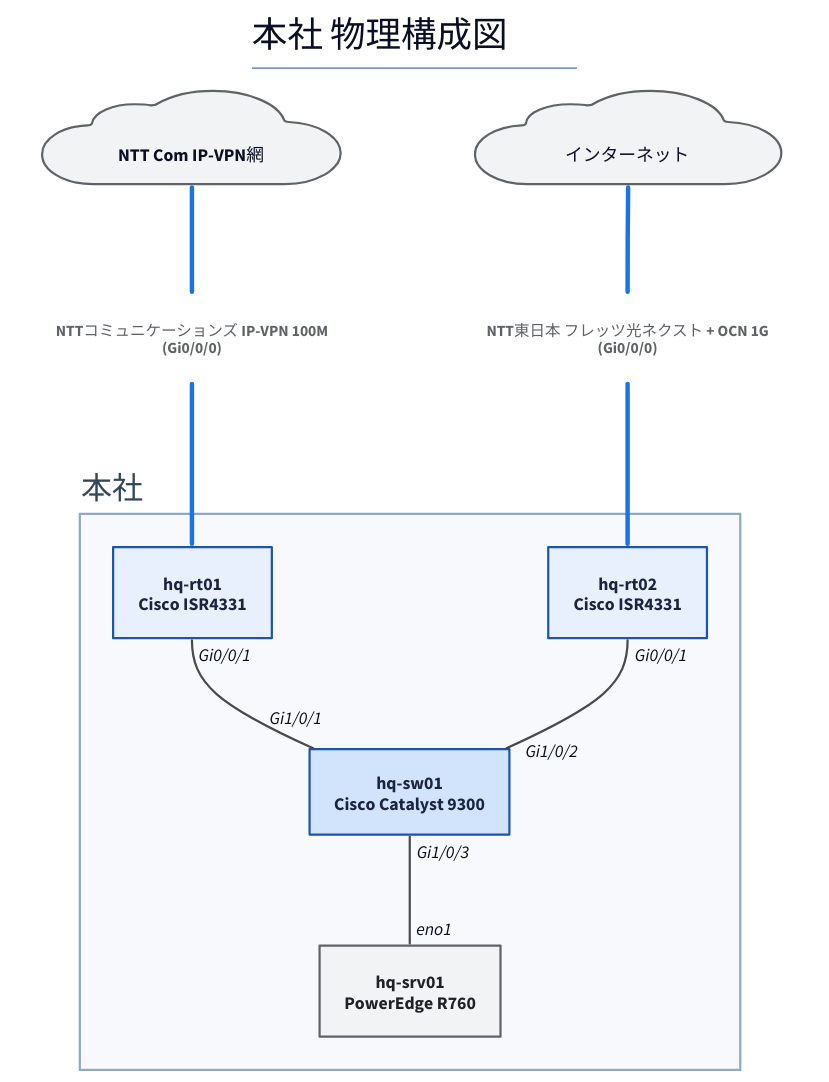
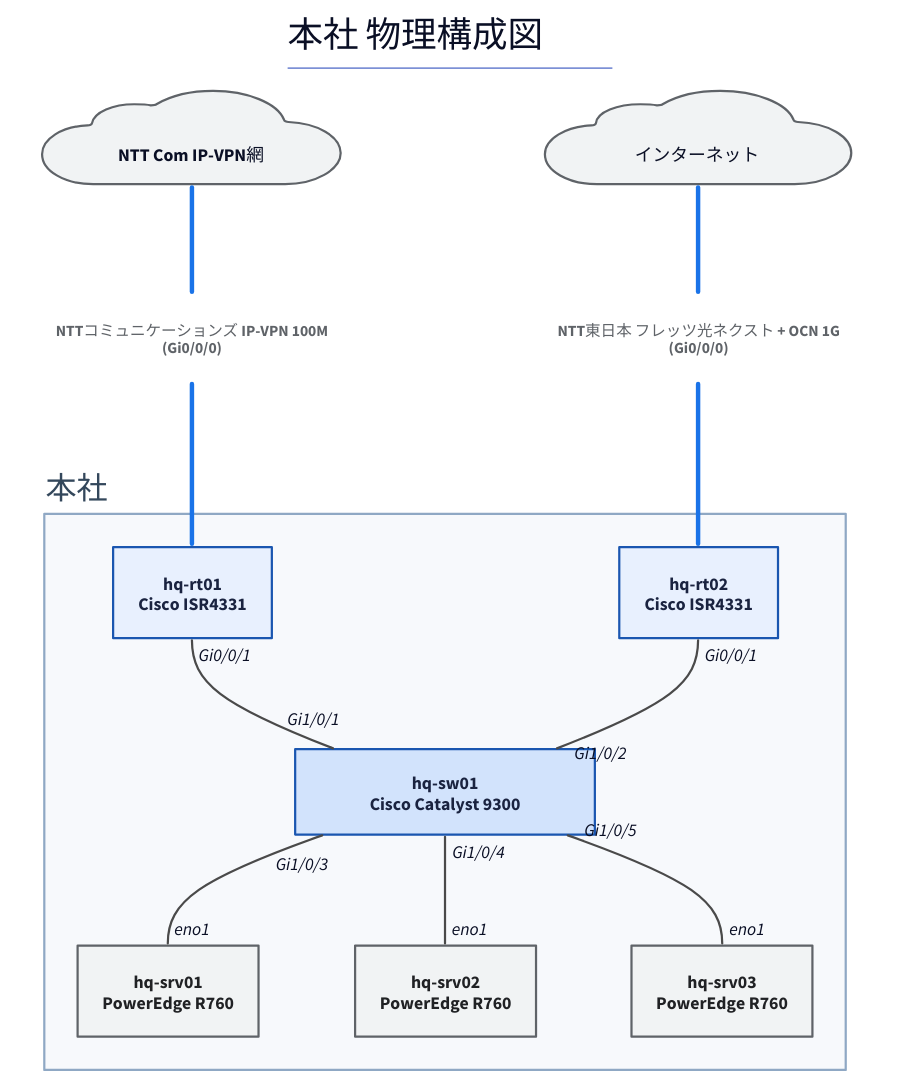
One commit to thinas1115/nwdsl changed the diagram in examples/sample-corp/generated/hq-physical.d2. Above: the diagram before and after it, drawn with D2. The commit also changed 25 other files, not shown here.

```diff
--- a/examples/sample-corp/generated/hq-physical.d2
+++ b/examples/sample-corp/generated/hq-physical.d2
@@ -1,45 +1,49 @@
 title: |md
   # 本社 物理構成図
 | {near: top-center}
 direction: down
 
 classes: {
   role-router: {style.fill: "#e8f0fe"; style.stroke: "#1a56b0"; style.font-color: "#1a2340"}
   role-l3switch: {style.fill: "#d2e3fc"; style.stroke: "#1a56b0"; style.font-color: "#1a2340"}
   role-l2switch: {style.fill: "#e6f4ea"; style.stroke: "#137333"; style.font-color: "#1a2e1f"}
   role-firewall: {style.fill: "#fce8e6"; style.stroke: "#c5221f"; style.font-color: "#3c1a19"}
   role-other: {style.fill: "#f1f3f4"; style.stroke: "#5f6368"; style.font-color: "#202124"}
   node-cloud: {shape: cloud; style.fill: "#f1f3f4"; style.stroke: "#5f6368"}
   node-site: {style.fill: "#fff8e1"; style.stroke: "#b58105"; style.font-color: "#4a3a08"}
   node-segment: {style.fill: "#e2f5f0"; style.stroke: "#0f766e"; style.font-color: "#0b3d38"; style.border-radius: 12}
   node-external: {style.fill: "#ffffff"; style.stroke: "#9aa0a6"; style.stroke-dash: 3}
   group-site: {style.fill: "#f7f9fc"; style.stroke: "#8fa8c4"; style.font-color: "#33475b"}
   edge-label: {style.fill: "transparent"; style.stroke: "transparent"; style.font-size: 14; style.font-color: "#5f6368"; style.italic: true}
   edge-lan-cable: {style.stroke: "#4a4a4a"; style.stroke-width: 2}
   edge-wan-circuit: {style.stroke: "#1a73e8"; style.stroke-width: 4}
   edge-tunnel: {style.stroke: "#7b1fa2"; style.stroke-width: 2; style.stroke-dash: 5}
   edge-logical: {style.stroke: "#188038"; style.stroke-width: 2; style.stroke-dash: 3}
   edge-segment: {style.stroke: "#0f766e"; style.stroke-width: 1}
 }
 
 s_hq: "本社" {
   class: group-site
   label.near: outside-top-left
   n_hq_rt01: "hq-rt01\nCisco ISR4331" {class: role-router}
-  n_hq_sw01: "hq-sw01\nCisco Catalyst 9300" {class: role-l3switch; width: 180}
+  n_hq_sw01: "hq-sw01\nCisco Catalyst 9300" {class: role-l3switch; width: 270}
   n_hq_rt02: "hq-rt02\nCisco ISR4331" {class: role-router}
   n_hq_srv01: "hq-srv01\nPowerEdge R760" {class: role-other}
+  n_hq_srv02: "hq-srv02\nPowerEdge R760" {class: role-other}
+  n_hq_srv03: "hq-srv03\nPowerEdge R760" {class: role-other}
 }
 
 n_ipvpn: "　NTT Com IP-VPN網　" {class: node-cloud}
 n_internet: "　インターネット　" {class: node-cloud}
 
 s_hq.n_hq_rt01 -- s_hq.n_hq_sw01 {class: edge-lan-cable; source-arrowhead.label: "Gi0/0/1"; target-arrowhead.label: "Gi1/0/1"}
 s_hq.n_hq_rt02 -- s_hq.n_hq_sw01 {class: edge-lan-cable; source-arrowhead.label: "Gi0/0/1"; target-arrowhead.label: "Gi1/0/2"}
 s_hq.n_hq_sw01 -- s_hq.n_hq_srv01 {class: edge-lan-cable; source-arrowhead.label: "Gi1/0/3"; target-arrowhead.label: "eno1"}
-lbl_3: "NTTコミュニケーションズ IP-VPN 100M\n(Gi0/0/0)" {class: edge-label}
-n_ipvpn -- lbl_3 {class: edge-wan-circuit}
-lbl_3 -- s_hq.n_hq_rt01 {class: edge-wan-circuit}
-lbl_4: "NTT東日本 フレッツ光ネクスト + OCN 1G\n(Gi0/0/0)" {class: edge-label}
-n_internet -- lbl_4 {class: edge-wan-circuit}
-lbl_4 -- s_hq.n_hq_rt02 {class: edge-wan-circuit}
+s_hq.n_hq_sw01 -- s_hq.n_hq_srv02 {class: edge-lan-cable; source-arrowhead.label: "Gi1/0/4"; target-arrowhead.label: "eno1"}
+s_hq.n_hq_sw01 -- s_hq.n_hq_srv03 {class: edge-lan-cable; source-arrowhead.label: "Gi1/0/5"; target-arrowhead.label: "eno1"}
+lbl_5: "NTTコミュニケーションズ IP-VPN 100M\n(Gi0/0/0)" {class: edge-label}
+n_ipvpn -- lbl_5 {class: edge-wan-circuit}
+lbl_5 -- s_hq.n_hq_rt01 {class: edge-wan-circuit}
+lbl_6: "NTT東日本 フレッツ光ネクスト + OCN 1G\n(Gi0/0/0)" {class: edge-label}
+n_internet -- lbl_6 {class: edge-wan-circuit}
+lbl_6 -- s_hq.n_hq_rt02 {class: edge-wan-circuit}
```
